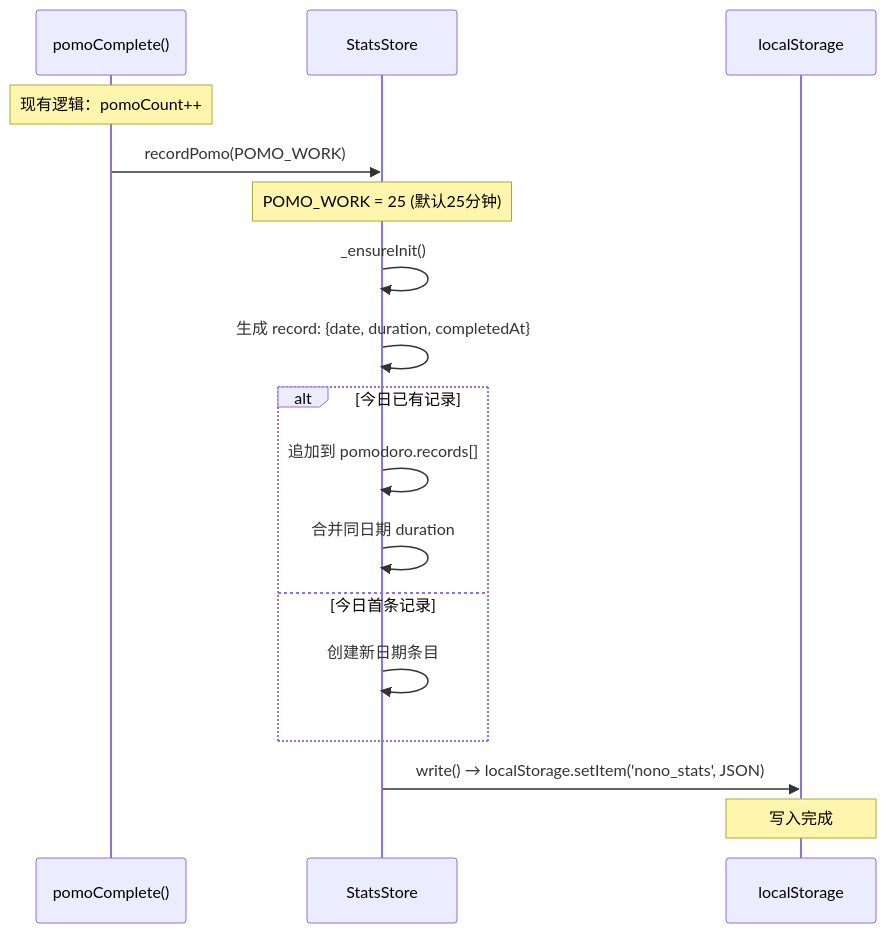
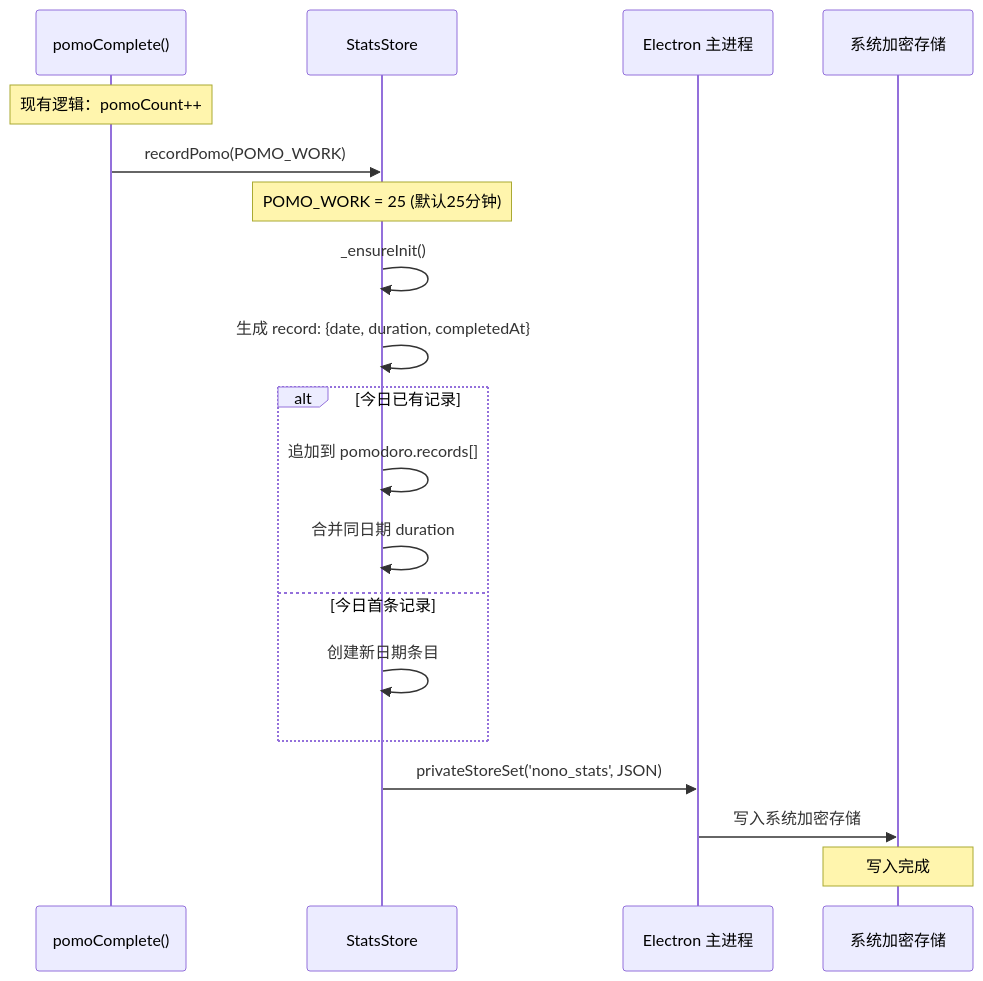
One commit to zcycharls/naonao changed the third of 5 diagrams in docs/system_design.md. Above: the diagram before and after it, drawn with Mermaid. The commit also changed other lines of this file and 11 other files, not shown here.

````diff
--- a/docs/system_design.md
+++ b/docs/system_design.md
@@ -240,24 +240,26 @@
 ```mermaid
 sequenceDiagram
     participant Timer as pomoComplete()
     participant Store as StatsStore
-    participant LS as localStorage
+    participant Main as Electron 主进程
+    participant Safe as 系统加密存储
 
     Note over Timer: 现有逻辑：pomoCount++
 
     Timer->>Store: recordPomo(POMO_WORK)
     Note over Store: POMO_WORK = 25 (默认25分钟)
 
     Store->>Store: _ensureInit()
     Store->>Store: 生成 record: {date, duration, completedAt}
 
     alt 今日已有记录
         Store->>Store: 追加到 pomodoro.records[]
         Store->>Store: 合并同日期 duration
     else 今日首条记录
         Store->>Store: 创建新日期条目
     end
 
-    Store->>LS: write() → localStorage.setItem('nono_stats', JSON)
-    Note over LS: 写入完成
+    Store->>Main: privateStoreSet('nono_stats', JSON)
+    Main->>Safe: 写入系统加密存储
+    Note over Safe: 写入完成
 ```
````
